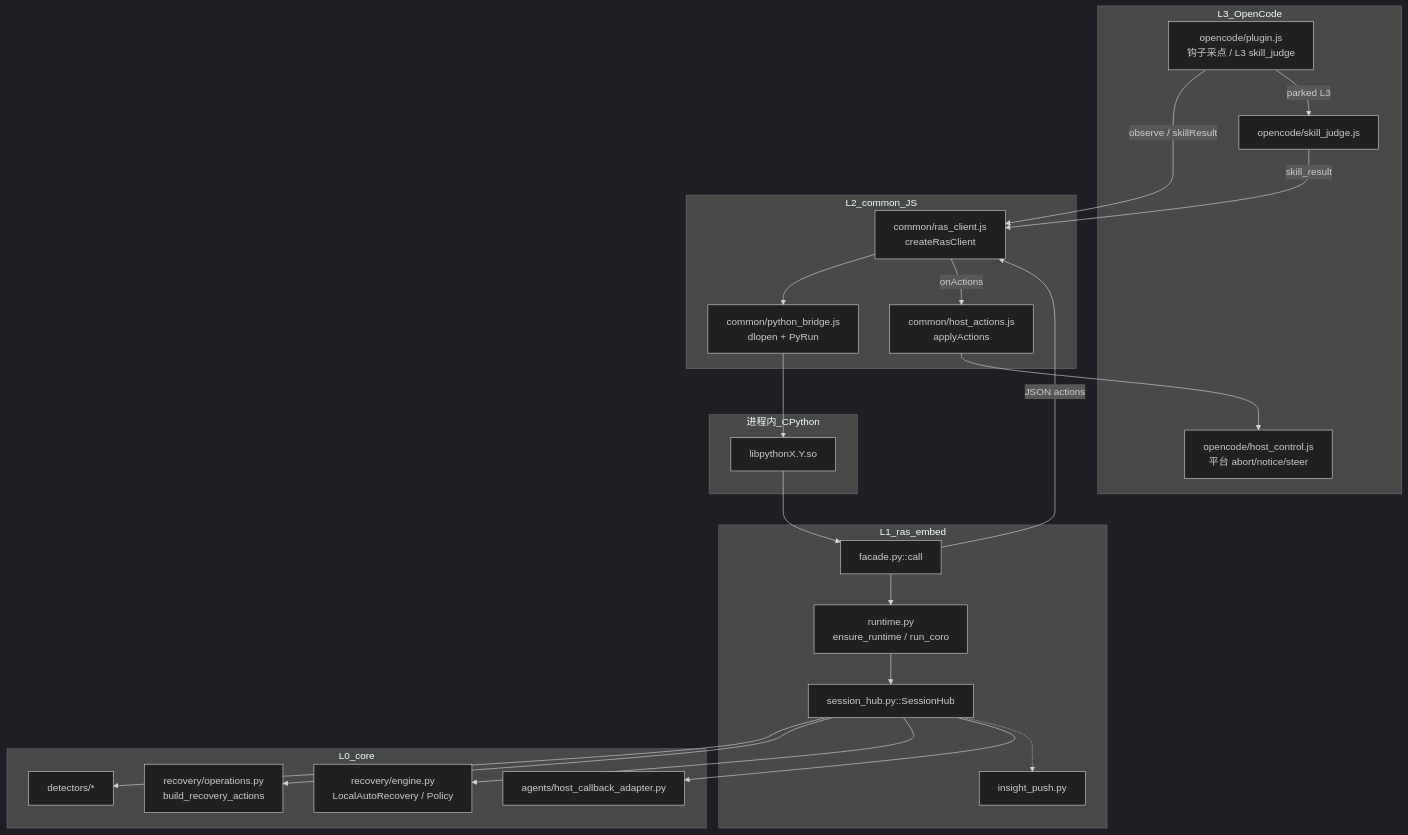
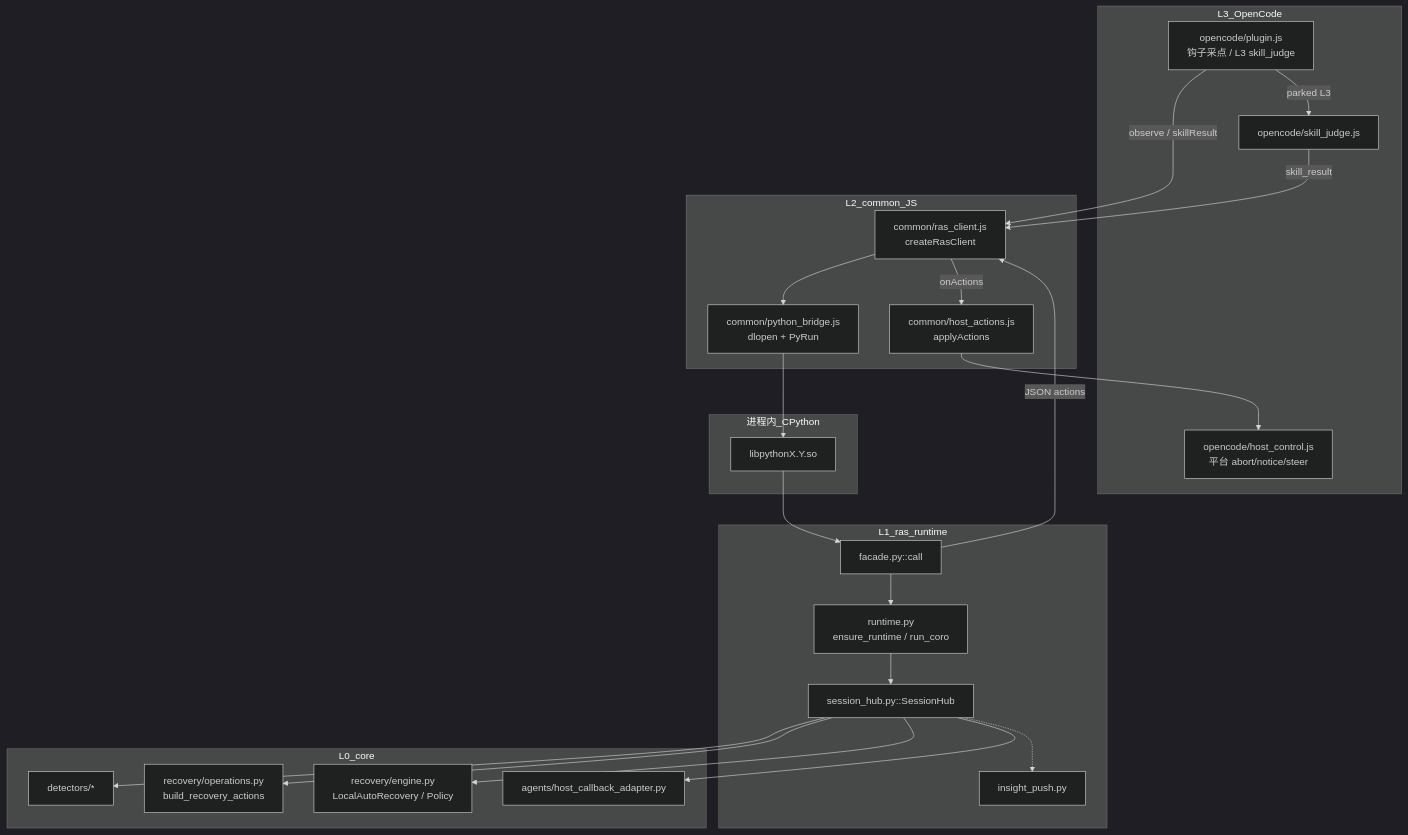
One commit to openeuler-mirror/agent-insight changed the fifth of 8 diagrams in docs/agent-ras/designs/architecture.md. Above: the diagram before and after it, drawn with Mermaid (dark theme). The commit also changed other lines of this file and 18 other files, not shown here.

First line of the commit message:
docs(ras): 同步分层搬家与 ras_runtime 更名后的文档引用

````diff
--- a/docs/agent-ras/designs/architecture.md
+++ b/docs/agent-ras/designs/architecture.md
@@ -189,45 +189,45 @@
 ```mermaid
 flowchart TB
   subgraph L3js [L3_OpenCode]
     PJ["opencode/plugin.js\n钩子采点 / L3 skill_judge"]
     HCJ["opencode/host_control.js\n平台 abort/notice/steer"]
     SJ["opencode/skill_judge.js"]
   end
   subgraph L2js [L2_common_JS]
     RCJ["common/ras_client.js\ncreateRasClient"]
     HAJ["common/host_actions.js\napplyActions"]
     PB["common/python_bridge.js\ndlopen + PyRun"]
   end
   subgraph native [进程内_CPython]
     LP["libpythonX.Y.so"]
   end
-  subgraph L1py [L1_ras_embed]
+  subgraph L1py [L1_ras_runtime]
     FAC["facade.py::call"]
     RT["runtime.py\nensure_runtime / run_coro"]
     HUB["session_hub.py::SessionHub"]
     PUSH["insight_push.py"]
   end
   subgraph L0py [L0_core]
     DET["detectors/*"]
     OPS["recovery/operations.py\nbuild_recovery_actions"]
     POL["recovery/engine.py\nLocalAutoRecovery / Policy"]
     HCA["agents/host_callback_adapter.py"]
   end
 
   PJ -->|"observe / skillResult"| RCJ
   RCJ --> PB
   PB --> LP
   LP --> FAC
   FAC --> RT
   RT --> HUB
   HUB --> DET
   HUB --> OPS
   HUB --> POL
   HUB --> HCA
   HUB -.-> PUSH
   FAC -->|"JSON actions"| RCJ
   RCJ -->|"onActions"| HAJ
   HAJ --> HCJ
   PJ -->|"parked L3"| SJ
   SJ -->|"skill_result"| RCJ
 ```
````
